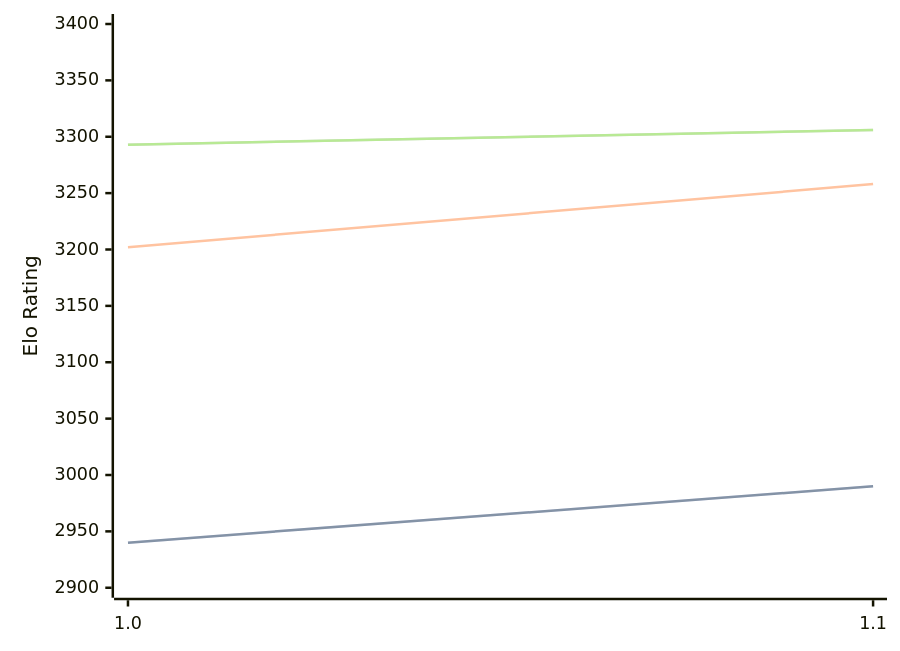
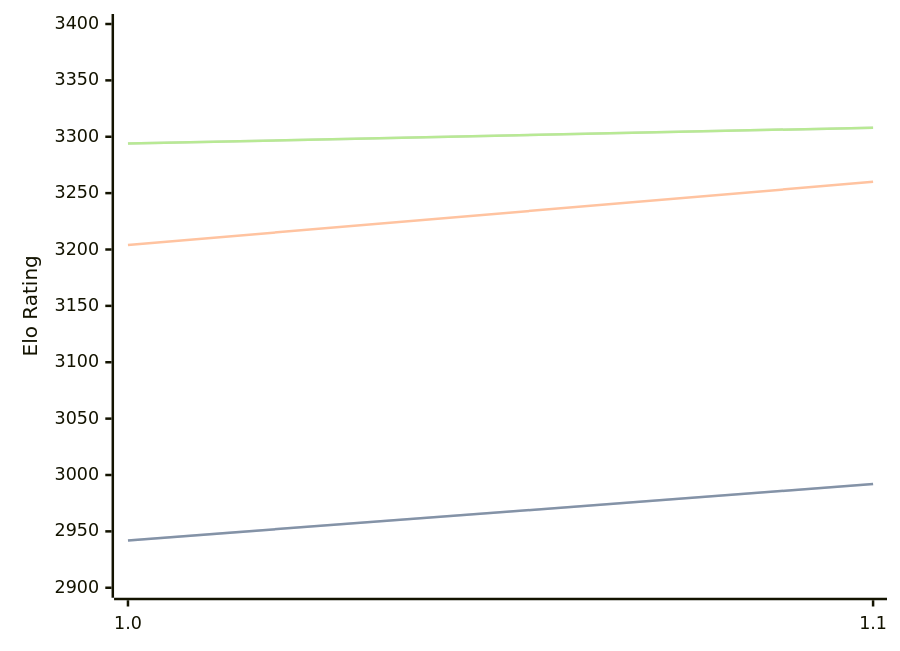
Before and after one commit to computer-chess-index/cci: the diagram in engines/RodentV.md, drawn with Mermaid. The commit also changed other lines of this file, not shown here.

Commit message:
Update CCI Ratings (ELO VLTC) - 2026-10-09

````diff
--- a/engines/RodentV.md
+++ b/engines/RodentV.md
@@ -33,11 +33,11 @@
 ```mermaid
 %%{init: {"theme":"base","themeVariables":{"seriesColors:['#a3a3a3','#222221','#faa371']}}}%%
 xychart-beta
   x-axis ["1.0", "1.1"]
   y-axis "Elo Rating" 2900 --> 3400
-  line "" [2940, 2990]
-  line "STC (8.0+0.08s)" [2940, 2990]
-  line "LTC (60.0+0.60s)" [3202, 3258]
-  line "" [3293, 3306]
-  line "VLTC (2m24s+1.12s)" [3293, 3306]
+  line "" [2942, 2992]
+  line "STC (8.0+0.08s)" [2942, 2992]
+  line "LTC (60.0+0.60s)" [3204, 3260]
+  line "" [3294, 3308]
+  line "VLTC (2m24s+1.12s)" [3294, 3308]
 ```
````
